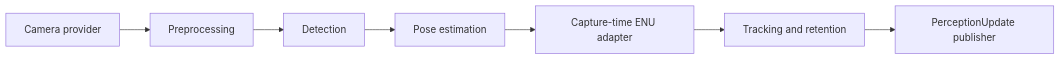
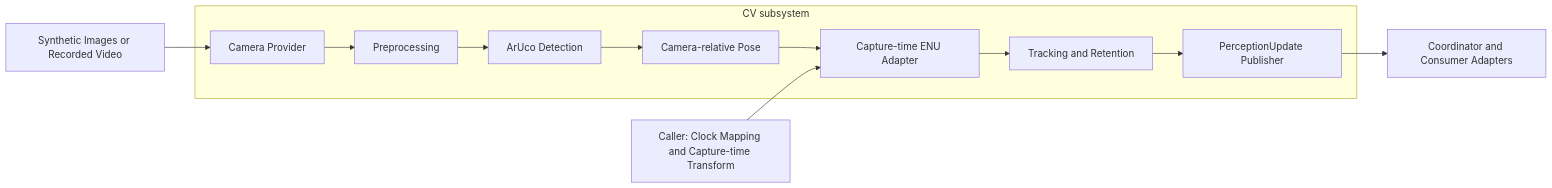
One commit to contextualai-systems/Phase0-MicroDrone changed the diagram in cv/README.md. Above: the diagram before and after it, drawn with Mermaid. The commit also changed other lines of this file and 4 other files, not shown here.

````diff
--- a/cv/README.md
+++ b/cv/README.md
@@ -474,9 +25,14 @@
 ```mermaid
 flowchart LR
-    A[Camera provider] --> B[Preprocessing]
-    B --> C[Detection]
-    C --> D[Pose estimation]
-    D --> X[Capture-time ENU adapter]
-    X --> E[Tracking and retention]
-    E --> F[PerceptionUpdate publisher]
+    subgraph CV[CV subsystem]
+        A[Camera Provider] --> B[Preprocessing]
+        B --> C[ArUco Detection]
+        C --> D[Camera-relative Pose]
+        D --> E[Capture-time ENU Adapter]
+        E --> F[Tracking and Retention]
+        F --> G[PerceptionUpdate Publisher]
+    end
+    INPUT[Synthetic Images or Recorded Video] --> A
+    CONTEXT[Caller: Clock Mapping and Capture-time Transform] --> E
+    G --> OUTPUT[Coordinator and Consumer Adapters]
 ```
````
